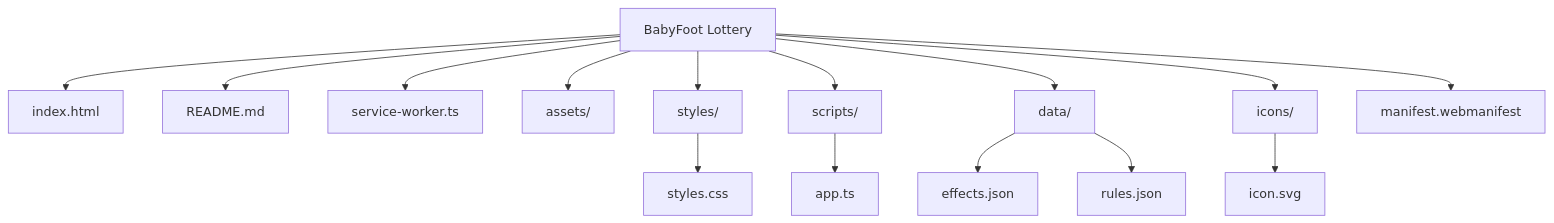
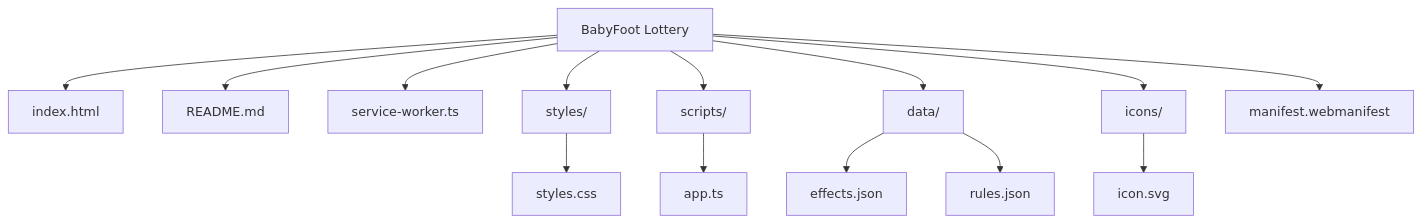
The diagram in README.md (EAnathos/BabyFoot-Lottery), drawn with Mermaid before and after one commit.

Commit message:
fix: remove assets directory reference from project structure diagram

````diff
--- a/README.md
+++ b/README.md
@@ -91,17 +91,16 @@
 ```mermaid
 graph TD
   A[BabyFoot Lottery] --> B[index.html]
   A --> C[README.md]
   A --> D[service-worker.ts]
-  A --> E[assets/]
   A --> F[styles/]
   F --> G[styles.css]
   A --> H[scripts/]
   H --> I[app.ts]
   A --> J[data/]
   J --> K[effects.json]
   J --> L[rules.json]
   A --> M[icons/]
   M --> N[icon.svg]
   A --> O[manifest.webmanifest]
 ```
````
